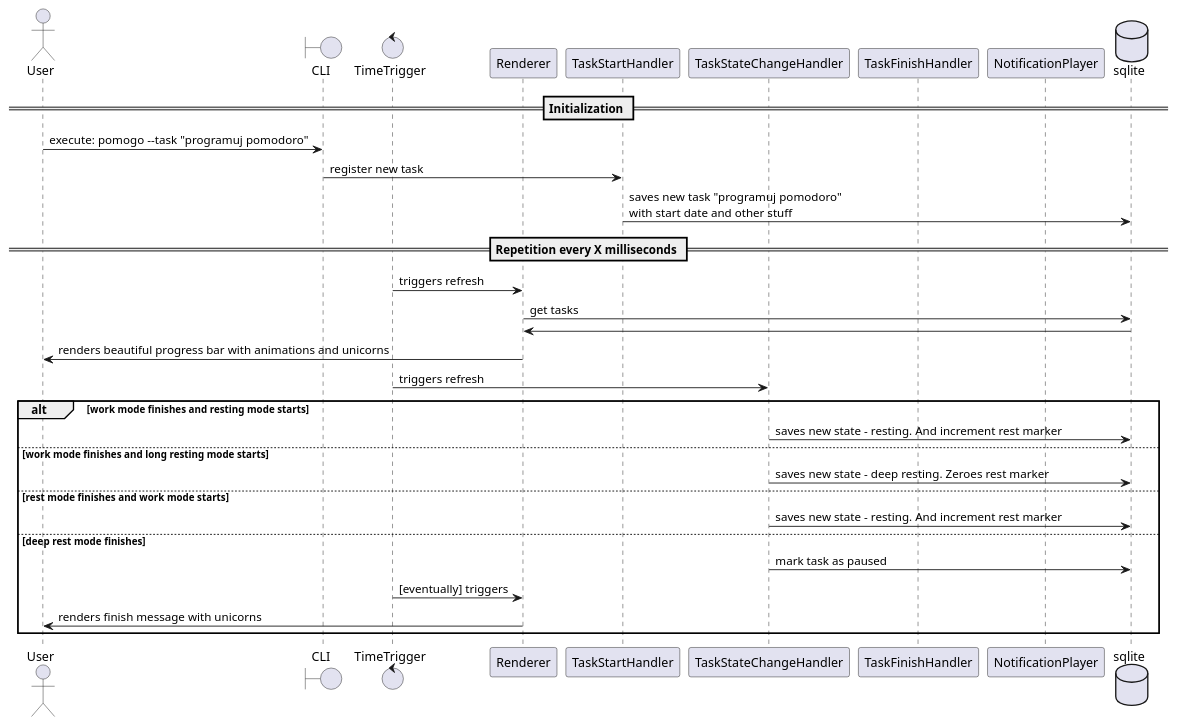
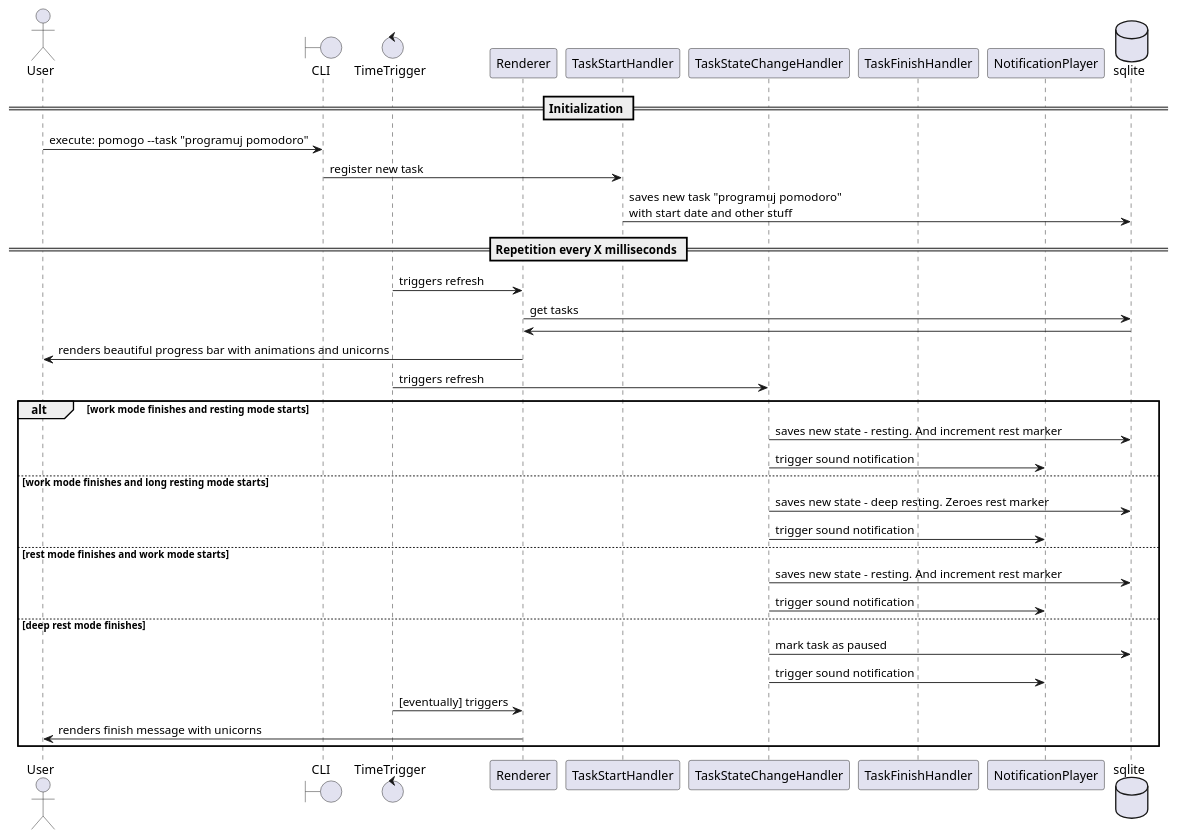
Before and after one commit to BartoszCoyote/GoPomodoro: the diagram in docs/task-flow.puml, drawn with PlantUML.

Commit message:
flow diagram for pomodoro execution - triggering sound notifications

```diff
--- a/docs/task-flow.puml
+++ b/docs/task-flow.puml
@@ -1,37 +1,41 @@
 @startuml
 actor User
 boundary CLI
 control TimeTrigger
 participant Renderer
 participant TaskStartHandler
 participant TaskStateChangeHandler
 participant TaskFinishHandler
 participant NotificationPlayer
 database sqlite
 
 == Initialization ==
 User -> CLI: execute: pomogo --task "programuj pomodoro"
 CLI -> TaskStartHandler: register new task
 TaskStartHandler -> sqlite: saves new task "programuj pomodoro"\nwith start date and other stuff
 
 == Repetition every X milliseconds ==
 TimeTrigger -> Renderer: triggers refresh
 Renderer -> sqlite: get tasks
 sqlite -> Renderer
 Renderer -> User: renders beautiful progress bar with animations and unicorns
 
 TimeTrigger -> TaskStateChangeHandler: triggers refresh
 
 alt work mode finishes and resting mode starts
     TaskStateChangeHandler -> sqlite: saves new state - resting. And increment rest marker
+    TaskStateChangeHandler -> NotificationPlayer: trigger sound notification
 else work mode finishes and long resting mode starts
     TaskStateChangeHandler -> sqlite: saves new state - deep resting. Zeroes rest marker
+    TaskStateChangeHandler -> NotificationPlayer: trigger sound notification
 else rest mode finishes and work mode starts
     TaskStateChangeHandler -> sqlite: saves new state - resting. And increment rest marker
+    TaskStateChangeHandler -> NotificationPlayer: trigger sound notification
 else deep rest mode finishes
     TaskStateChangeHandler -> sqlite: mark task as paused
+    TaskStateChangeHandler -> NotificationPlayer: trigger sound notification
     TimeTrigger -> Renderer: [eventually] triggers
     Renderer -> User: renders finish message with unicorns
 end
 
 @enduml
```
